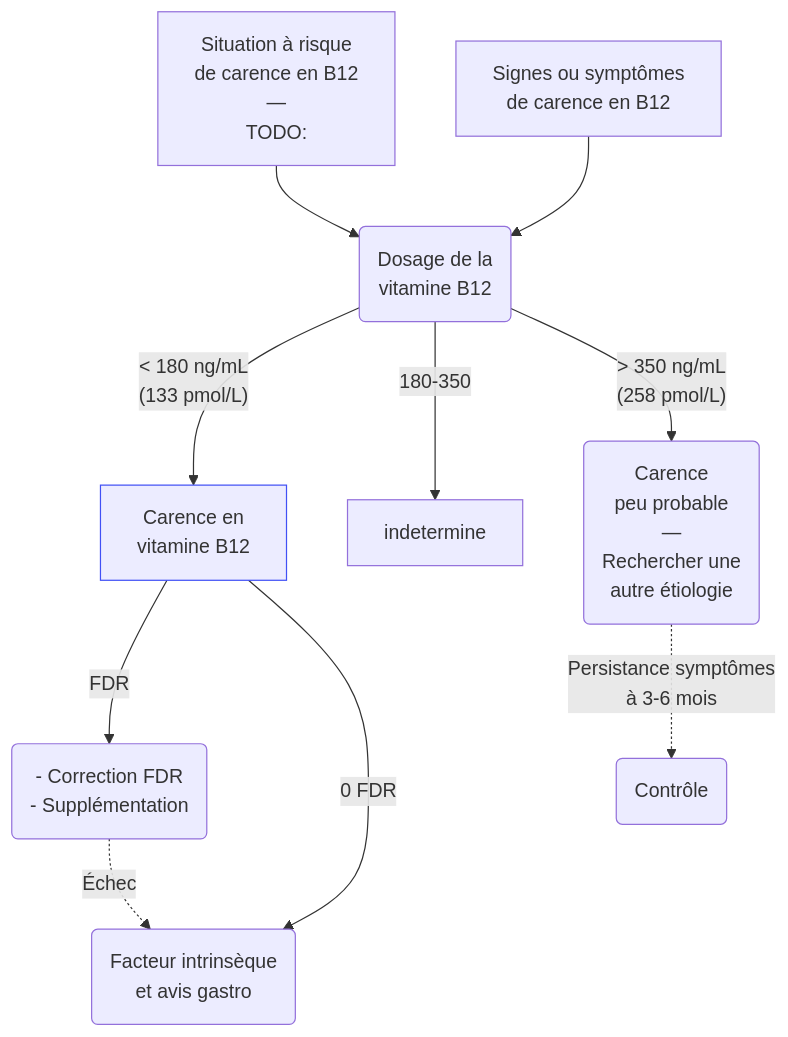
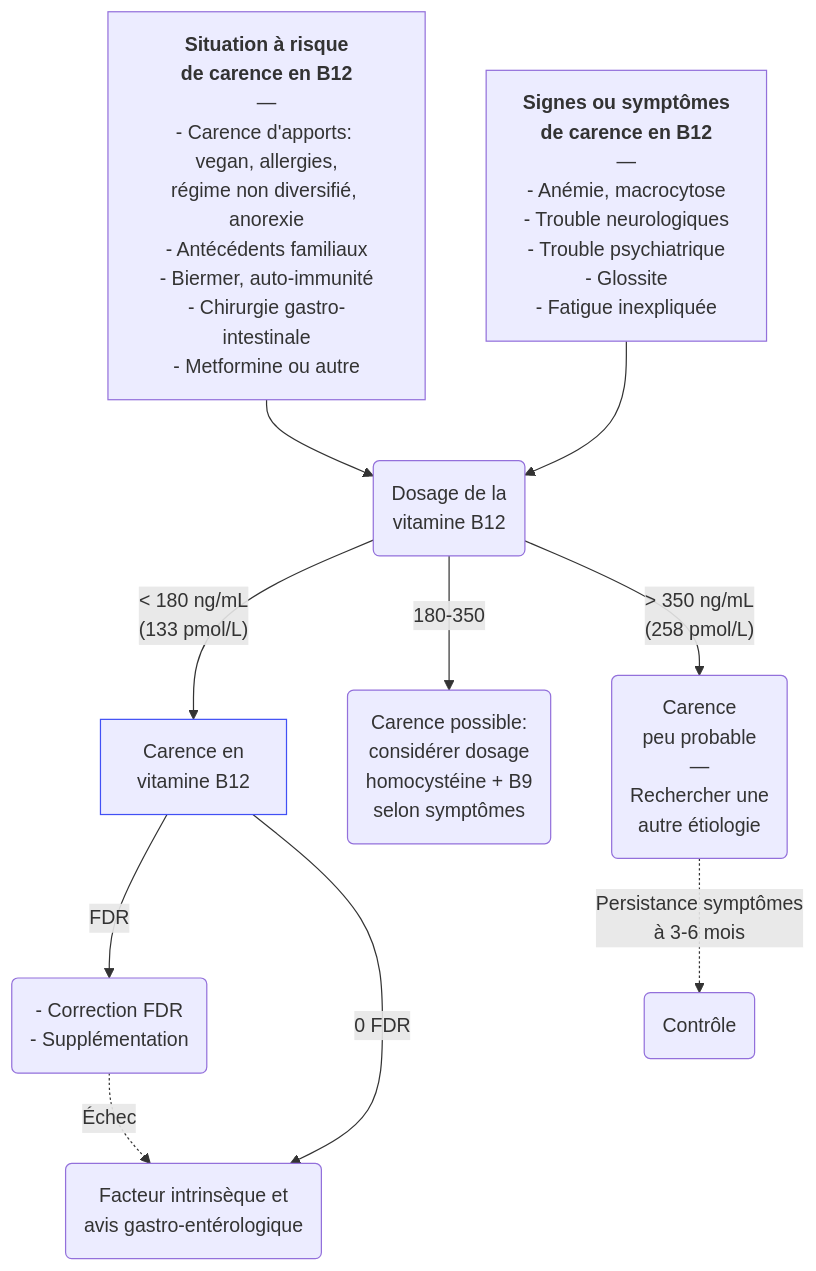
The diagram in content/recommandations/carence-vitamine-b12.md (djibe/recommandations-medicales), drawn with Mermaid before and after one commit. The commit also changed other lines of this file and 14 other files, not shown here.

```diff
--- a/content/recommandations/carence-vitamine-b12.md
+++ b/content/recommandations/carence-vitamine-b12.md
@@ -194,10 +192,10 @@
 {{< mermaid title="Prise en charge de la carence en vitamine B12. Dr JB Fron d'après NICE 2024" >}}
 graph TB
-  risque["Situation à risque<br>de carence en B12<br>—<br>TODO:"] --> dosage("Dosage de la<br>vitamine B12")
-  symptômes["Signes ou symptômes<br>de carence en B12"] --> dosage
-    dosage -- "&lt; 180 ng/mL<br>(133 pmol/L)" --> diagnostic["Carence en<br>vitamine B12"] -- FDR --> essai("- Correction FDR<br>- Supplémentation") -. Échec .-> gastro("Facteur intrinsèque<br>et avis gastro")
+  risque["<b>Situation à risque<br>de carence en B12</b><br>—<br>- Carence d'apports: vegan, allergies,<br>régime non diversifié, anorexie<br>- Antécédents familiaux<br>- Biermer, auto-immunité<br>- Chirurgie gastro-intestinale<br>- Metformine ou autre"] --> dosage("Dosage de la<br>vitamine B12")
+  symptômes["<b>Signes ou symptômes<br>de carence en B12</b><br>—<br>- Anémie, macrocytose<br>- Trouble neurologiques<br>- Trouble psychiatrique<br>- Glossite<br>- Fatigue inexpliquée"] --> dosage
+    dosage -- "&lt; 180 ng/mL<br>(133 pmol/L)" --> diagnostic["Carence en<br>vitamine B12"] -- FDR --> essai("- Correction FDR<br>- Supplémentation") -. Échec .-> gastro("Facteur intrinsèque et<br>avis gastro-entérologique")
       diagnostic -- "0 FDR" --> gastro
-    dosage -- "180-350" --> indetermine
+    dosage -- "180-350" --> indetermine("Carence possible:<br>considérer dosage<br>homocystéine + B9<br>selon symptômes")
     dosage -- "&gt; 350 ng/mL<br>(258 pmol/L)" --> différentiel("Carence<br>peu probable<br>—<br>Rechercher une<br>autre étiologie") -. "Persistance symptômes<br>à 3-6 mois" .-> controle(Contrôle)
   style diagnostic stroke:#4150f5, stroke-width:1px
 {{< /mermaid >}}
```
